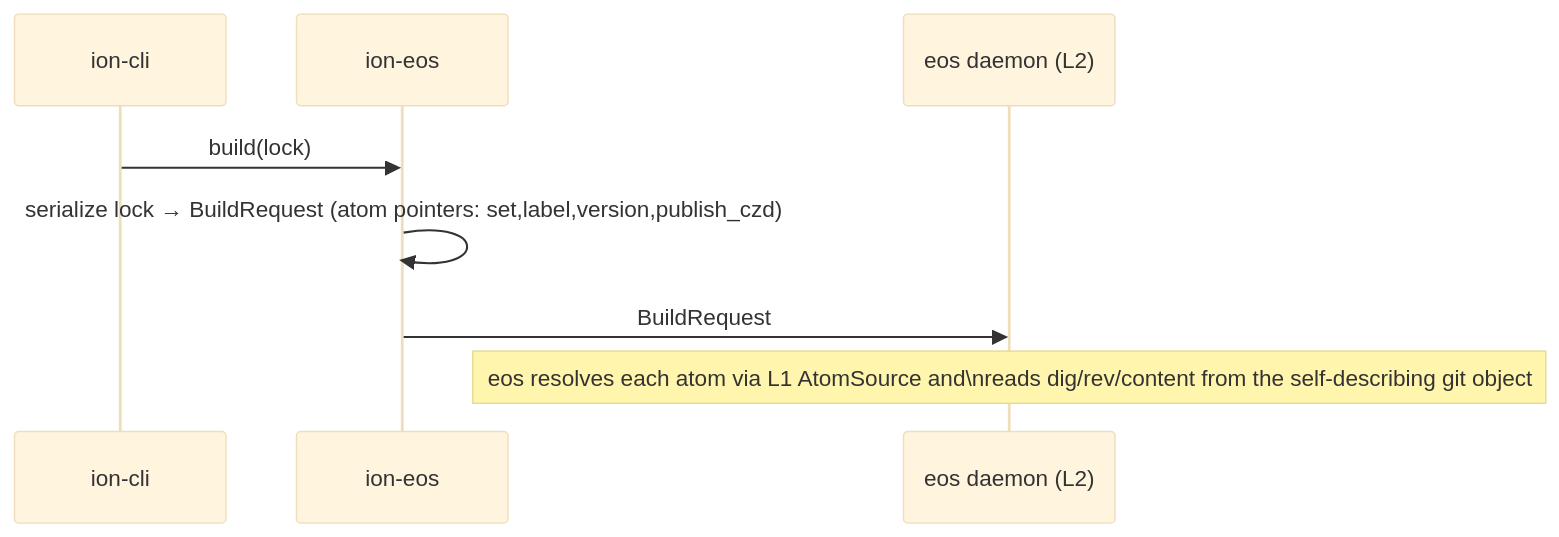
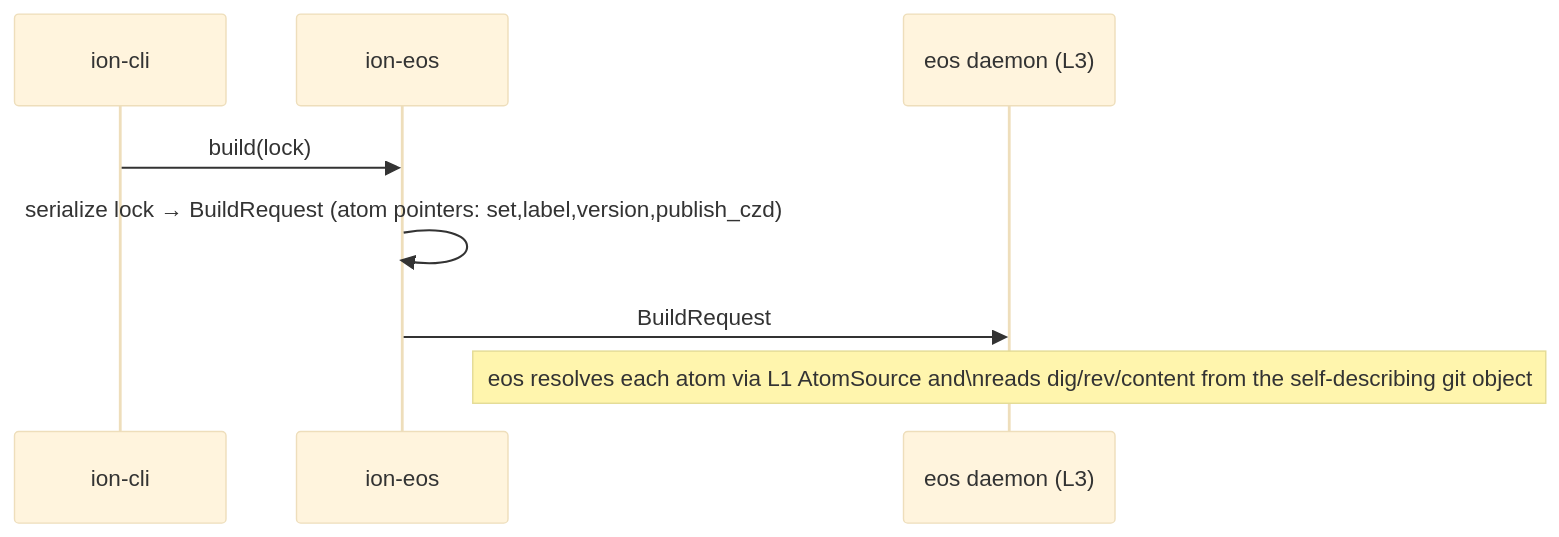
One commit to axiosoph/axios changed the fifth of 7 diagrams in docs/architecture/ion-sad.md. Above: the diagram before and after it, drawn with Mermaid (base theme). The commit also changed other lines of this file and 5 other files, not shown here.

````diff
--- a/docs/architecture/ion-sad.md
+++ b/docs/architecture/ion-sad.md
@@ -181,10 +182,10 @@
 ```mermaid
 sequenceDiagram
   participant CLI as ion-cli
   participant Eos as ion-eos
-  participant Sched as eos daemon (L2)
+  participant Sched as eos daemon (L3)
   CLI->>Eos: build(lock)
   Eos->>Eos: serialize lock → BuildRequest (atom pointers: set,label,version,publish_czd)
   Eos->>Sched: BuildRequest
   Note over Sched: eos resolves each atom via L1 AtomSource and\nreads dig/rev/content from the self-describing git object
 ```
````
